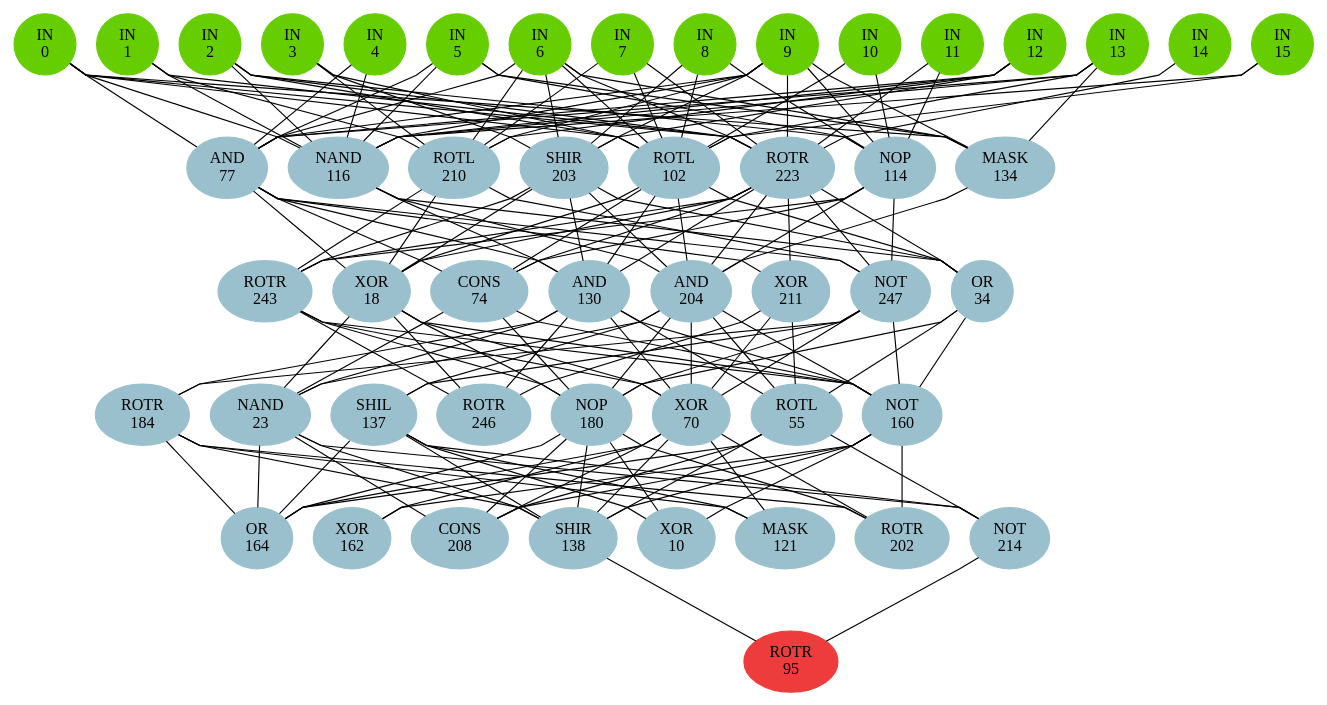
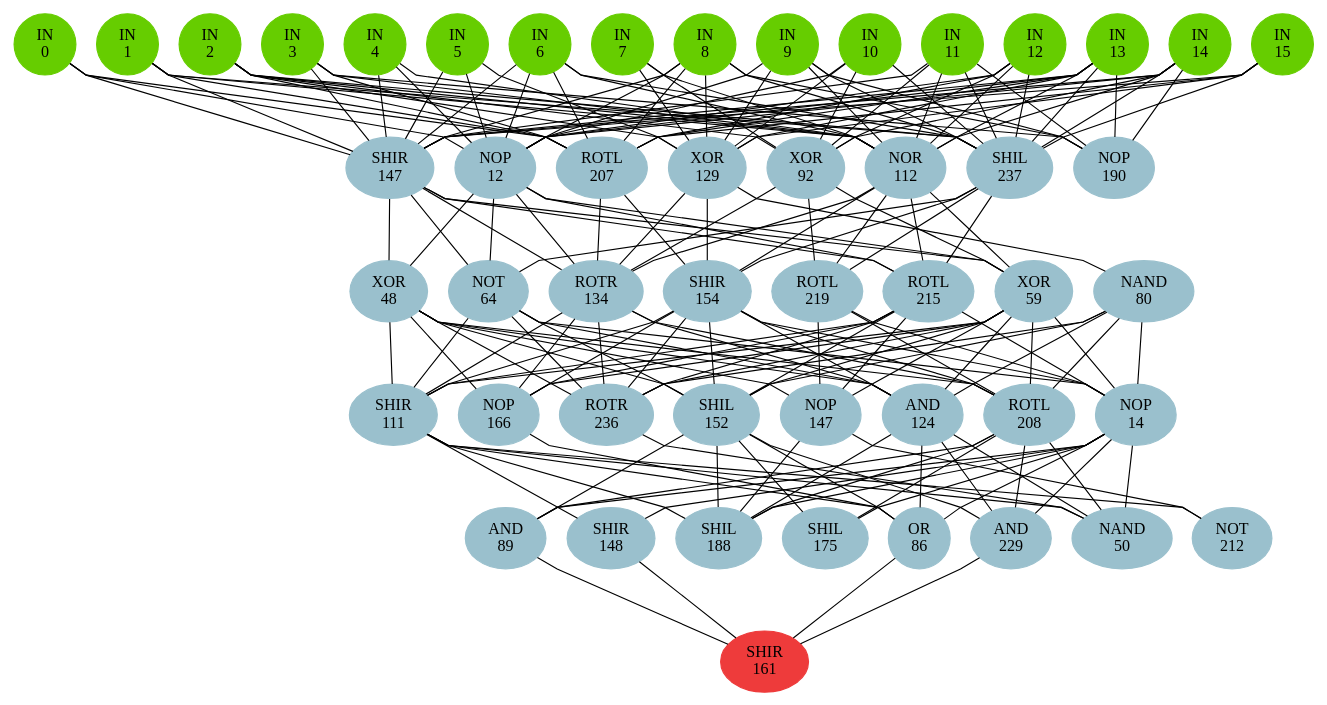
One commit to Bender250/master-thesis changed the diagram in experiments/single-sol/tea/2/circuit.dot. Above: the diagram before and after it, drawn with Graphviz. The commit also changed 727 other files, not shown here.

```diff
--- a/experiments/single-sol/tea/2/circuit.dot
+++ b/experiments/single-sol/tea/2/circuit.dot
@@ -41,79 +41,79 @@
 }
 { rank=same;
 node [color=lightblue3];
-"0_0"[label="AND\n77"];
+"0_0"[label="SHIR\n147"];
 node [color=lightblue3];
-"0_1"[label="NAND\n116"];
+"0_1"[label="NOP\n12"];
 node [color=lightblue3];
-"0_2"[label="ROTL\n210"];
+"0_2"[label="ROTL\n207"];
 node [color=lightblue3];
-"0_3"[label="SHIR\n203"];
+"0_3"[label="XOR\n129"];
 node [color=lightblue3];
-"0_4"[label="ROTL\n102"];
+"0_4"[label="XOR\n92"];
 node [color=lightblue3];
-"0_5"[label="ROTR\n223"];
+"0_5"[label="NOR\n112"];
 node [color=lightblue3];
-"0_6"[label="NOP\n114"];
+"0_6"[label="SHIL\n237"];
 node [color=lightblue3];
-"0_7"[label="MASK\n134"];
+"0_7"[label="NOP\n190"];
 }
 { rank=same;
 node [color=lightblue3];
-"1_0"[label="ROTR\n243"];
+"1_0"[label="XOR\n48"];
 node [color=lightblue3];
-"1_1"[label="XOR\n18"];
+"1_1"[label="NOT\n64"];
 node [color=lightblue3];
-"1_2"[label="CONS\n74"];
+"1_2"[label="ROTR\n134"];
 node [color=lightblue3];
-"1_3"[label="AND\n130"];
+"1_3"[label="SHIR\n154"];
 node [color=lightblue3];
-"1_4"[label="AND\n204"];
+"1_4"[label="ROTL\n219"];
 node [color=lightblue3];
-"1_5"[label="XOR\n211"];
+"1_5"[label="ROTL\n215"];
 node [color=lightblue3];
-"1_6"[label="NOT\n247"];
+"1_6"[label="XOR\n59"];
 node [color=lightblue3];
-"1_7"[label="OR\n34"];
+"1_7"[label="NAND\n80"];
 }
 { rank=same;
 node [color=lightblue3];
-"2_0"[label="ROTR\n184"];
+"2_0"[label="SHIR\n111"];
 node [color=lightblue3];
-"2_1"[label="NAND\n23"];
+"2_1"[label="NOP\n166"];
 node [color=lightblue3];
-"2_2"[label="SHIL\n137"];
+"2_2"[label="ROTR\n236"];
 node [color=lightblue3];
-"2_3"[label="ROTR\n246"];
+"2_3"[label="SHIL\n152"];
 node [color=lightblue3];
-"2_4"[label="NOP\n180"];
+"2_4"[label="NOP\n147"];
 node [color=lightblue3];
-"2_5"[label="XOR\n70"];
+"2_5"[label="AND\n124"];
 node [color=lightblue3];
-"2_6"[label="ROTL\n55"];
+"2_6"[label="ROTL\n208"];
 node [color=lightblue3];
-"2_7"[label="NOT\n160"];
+"2_7"[label="NOP\n14"];
 }
 { rank=same;
 node [color=lightblue3];
-"3_0"[label="OR\n164"];
+"3_0"[label="AND\n89"];
 node [color=lightblue3];
-"3_1"[label="XOR\n162"];
+"3_1"[label="SHIR\n148"];
 node [color=lightblue3];
-"3_2"[label="CONS\n208"];
+"3_2"[label="SHIL\n188"];
 node [color=lightblue3];
-"3_3"[label="SHIR\n138"];
+"3_3"[label="SHIL\n175"];
 node [color=lightblue3];
-"3_4"[label="XOR\n10"];
+"3_4"[label="OR\n86"];
 node [color=lightblue3];
-"3_5"[label="MASK\n121"];
+"3_5"[label="AND\n229"];
 node [color=lightblue3];
-"3_6"[label="ROTR\n202"];
+"3_6"[label="NAND\n50"];
 node [color=lightblue3];
-"3_7"[label="NOT\n214"];
+"3_7"[label="NOT\n212"];
 }
 { rank=same;
 node [color=brown2];
-"4_0"[label="ROTR\n95"];
+"4_0"[label="SHIR\n161"];
 }
 edge[style=invis];
 "-1_0" -- "-1_1" -- "-1_2" -- "-1_3" -- "-1_4" -- "-1_5" -- "-1_6" -- "-1_7" -- "-1_8" -- "-1_9" -- "-1_10" -- "-1_11" -- "-1_12" -- "-1_13" -- "-1_14" -- "-1_15";
@@ -124,162 +124,182 @@
 "4_0" -- "4_0";
 edge[style=solid];
 "0_0" -- "-1_0";
+"0_0" -- "-1_1";
+"0_0" -- "-1_3";
 "0_0" -- "-1_4";
 "0_0" -- "-1_5";
 "0_0" -- "-1_6";
-"0_0" -- "-1_9";
-"0_0" -- "-1_12";
+"0_0" -- "-1_8";
+"0_0" -- "-1_11";
 "0_0" -- "-1_13";
+"0_0" -- "-1_14";
+"0_0" -- "-1_15";
 "0_1" -- "-1_0";
-"0_1" -- "-1_1";
-"0_1" -- "-1_2";
 "0_1" -- "-1_4";
 "0_1" -- "-1_5";
+"0_1" -- "-1_6";
+"0_1" -- "-1_8";
 "0_1" -- "-1_9";
+"0_1" -- "-1_10";
 "0_1" -- "-1_12";
 "0_1" -- "-1_13";
-"0_1" -- "-1_15";
+"0_1" -- "-1_14";
+"0_2" -- "-1_0";
 "0_2" -- "-1_1";
+"0_2" -- "-1_2";
 "0_2" -- "-1_3";
 "0_2" -- "-1_6";
-"0_2" -- "-1_7";
-"0_2" -- "-1_9";
+"0_2" -- "-1_8";
 "0_2" -- "-1_12";
-"0_3" -- "-1_3";
-"0_3" -- "-1_6";
+"0_2" -- "-1_13";
+"0_2" -- "-1_15";
+"0_3" -- "-1_2";
+"0_3" -- "-1_5";
+"0_3" -- "-1_7";
 "0_3" -- "-1_8";
 "0_3" -- "-1_9";
-"0_3" -- "-1_12";
-"0_4" -- "-1_0";
+"0_3" -- "-1_10";
+"0_3" -- "-1_13";
+"0_3" -- "-1_15";
 "0_4" -- "-1_2";
-"0_4" -- "-1_3";
-"0_4" -- "-1_6";
 "0_4" -- "-1_7";
-"0_4" -- "-1_8";
 "0_4" -- "-1_10";
-"0_4" -- "-1_13";
-"0_4" -- "-1_15";
-"0_5" -- "-1_0";
+"0_4" -- "-1_11";
+"0_4" -- "-1_12";
+"0_4" -- "-1_14";
 "0_5" -- "-1_1";
 "0_5" -- "-1_2";
+"0_5" -- "-1_3";
+"0_5" -- "-1_4";
 "0_5" -- "-1_6";
 "0_5" -- "-1_7";
 "0_5" -- "-1_9";
 "0_5" -- "-1_11";
+"0_5" -- "-1_12";
+"0_5" -- "-1_13";
 "0_5" -- "-1_14";
+"0_6" -- "-1_1";
 "0_6" -- "-1_2";
-"0_6" -- "-1_5";
+"0_6" -- "-1_6";
 "0_6" -- "-1_8";
 "0_6" -- "-1_9";
 "0_6" -- "-1_10";
 "0_6" -- "-1_11";
-"0_7" -- "-1_0";
-"0_7" -- "-1_5";
-"0_7" -- "-1_6";
+"0_6" -- "-1_12";
+"0_6" -- "-1_13";
+"0_6" -- "-1_14";
+"0_6" -- "-1_15";
+"0_7" -- "-1_3";
+"0_7" -- "-1_8";
 "0_7" -- "-1_9";
+"0_7" -- "-1_11";
 "0_7" -- "-1_13";
-"1_0" -- "0_2";
-"1_0" -- "0_3";
-"1_0" -- "0_5";
-"1_0" -- "0_6";
+"0_7" -- "-1_14";
+"1_0" -- "0_0";
+"1_0" -- "0_1";
 "1_1" -- "0_0";
-"1_1" -- "0_2";
-"1_1" -- "0_3";
-"1_1" -- "0_4";
-"1_1" -- "0_5";
+"1_1" -- "0_1";
+"1_1" -- "0_6";
 "1_2" -- "0_0";
+"1_2" -- "0_1";
+"1_2" -- "0_2";
+"1_2" -- "0_3";
 "1_2" -- "0_4";
 "1_2" -- "0_5";
-"1_2" -- "0_6";
-"1_3" -- "0_0";
-"1_3" -- "0_1";
+"1_3" -- "0_2";
 "1_3" -- "0_3";
-"1_3" -- "0_4";
 "1_3" -- "0_5";
-"1_4" -- "0_1";
-"1_4" -- "0_3";
+"1_3" -- "0_6";
 "1_4" -- "0_4";
 "1_4" -- "0_5";
 "1_4" -- "0_6";
-"1_4" -- "0_7";
 "1_5" -- "0_0";
+"1_5" -- "0_1";
 "1_5" -- "0_5";
+"1_5" -- "0_6";
 "1_6" -- "0_0";
-"1_6" -- "0_2";
+"1_6" -- "0_1";
+"1_6" -- "0_4";
 "1_6" -- "0_5";
-"1_6" -- "0_6";
-"1_7" -- "0_1";
 "1_7" -- "0_3";
-"1_7" -- "0_4";
-"1_7" -- "0_5";
+"2_0" -- "1_0";
+"2_0" -- "1_1";
+"2_0" -- "1_2";
 "2_0" -- "1_3";
+"2_0" -- "1_5";
 "2_0" -- "1_6";
-"2_1" -- "1_1";
+"2_1" -- "1_0";
 "2_1" -- "1_2";
 "2_1" -- "1_3";
-"2_1" -- "1_4";
-"2_2" -- "1_4";
+"2_1" -- "1_5";
+"2_1" -- "1_6";
+"2_2" -- "1_0";
+"2_2" -- "1_1";
+"2_2" -- "1_2";
+"2_2" -- "1_3";
+"2_2" -- "1_5";
 "2_2" -- "1_6";
+"2_2" -- "1_7";
 "2_3" -- "1_0";
 "2_3" -- "1_1";
 "2_3" -- "1_3";
 "2_3" -- "1_5";
+"2_3" -- "1_6";
+"2_3" -- "1_7";
 "2_4" -- "1_0";
-"2_4" -- "1_1";
-"2_4" -- "1_2";
 "2_4" -- "1_4";
+"2_4" -- "1_5";
 "2_4" -- "1_6";
-"2_4" -- "1_7";
 "2_5" -- "1_0";
 "2_5" -- "1_1";
+"2_5" -- "1_2";
 "2_5" -- "1_3";
-"2_5" -- "1_4";
-"2_5" -- "1_5";
 "2_5" -- "1_6";
+"2_5" -- "1_7";
+"2_6" -- "1_0";
+"2_6" -- "1_2";
 "2_6" -- "1_3";
 "2_6" -- "1_4";
-"2_6" -- "1_5";
+"2_6" -- "1_6";
 "2_6" -- "1_7";
-"2_7" -- "1_0";
 "2_7" -- "1_1";
-"2_7" -- "1_2";
 "2_7" -- "1_3";
 "2_7" -- "1_4";
+"2_7" -- "1_5";
 "2_7" -- "1_6";
 "2_7" -- "1_7";
-"3_0" -- "2_0";
-"3_0" -- "2_1";
-"3_0" -- "2_2";
-"3_0" -- "2_4";
-"3_0" -- "2_5";
+"3_0" -- "2_3";
 "3_0" -- "2_6";
-"3_1" -- "2_5";
+"3_0" -- "2_7";
+"3_1" -- "2_0";
 "3_1" -- "2_7";
-"3_2" -- "2_1";
+"3_2" -- "2_0";
+"3_2" -- "2_3";
 "3_2" -- "2_4";
 "3_2" -- "2_5";
 "3_2" -- "2_6";
 "3_2" -- "2_7";
-"3_3" -- "2_0";
-"3_3" -- "2_1";
-"3_3" -- "2_2";
-"3_3" -- "2_4";
-"3_3" -- "2_5";
+"3_3" -- "2_3";
 "3_3" -- "2_6";
 "3_3" -- "2_7";
-"3_4" -- "2_2";
-"3_4" -- "2_4";
+"3_4" -- "2_0";
+"3_4" -- "2_1";
+"3_4" -- "2_3";
+"3_4" -- "2_5";
 "3_4" -- "2_7";
-"3_5" -- "2_0";
-"3_5" -- "2_2";
+"3_5" -- "2_3";
 "3_5" -- "2_5";
+"3_5" -- "2_6";
+"3_5" -- "2_7";
 "3_6" -- "2_0";
-"3_6" -- "2_4";
+"3_6" -- "2_2";
 "3_6" -- "2_5";
+"3_6" -- "2_6";
 "3_6" -- "2_7";
-"3_7" -- "2_1";
-"3_7" -- "2_2";
-"3_7" -- "2_6";
-"4_0" -- "3_3";
-"4_0" -- "3_7";
+"3_7" -- "2_0";
+"3_7" -- "2_4";
+"4_0" -- "3_0";
+"4_0" -- "3_1";
+"4_0" -- "3_4";
+"4_0" -- "3_5";
 }
```
